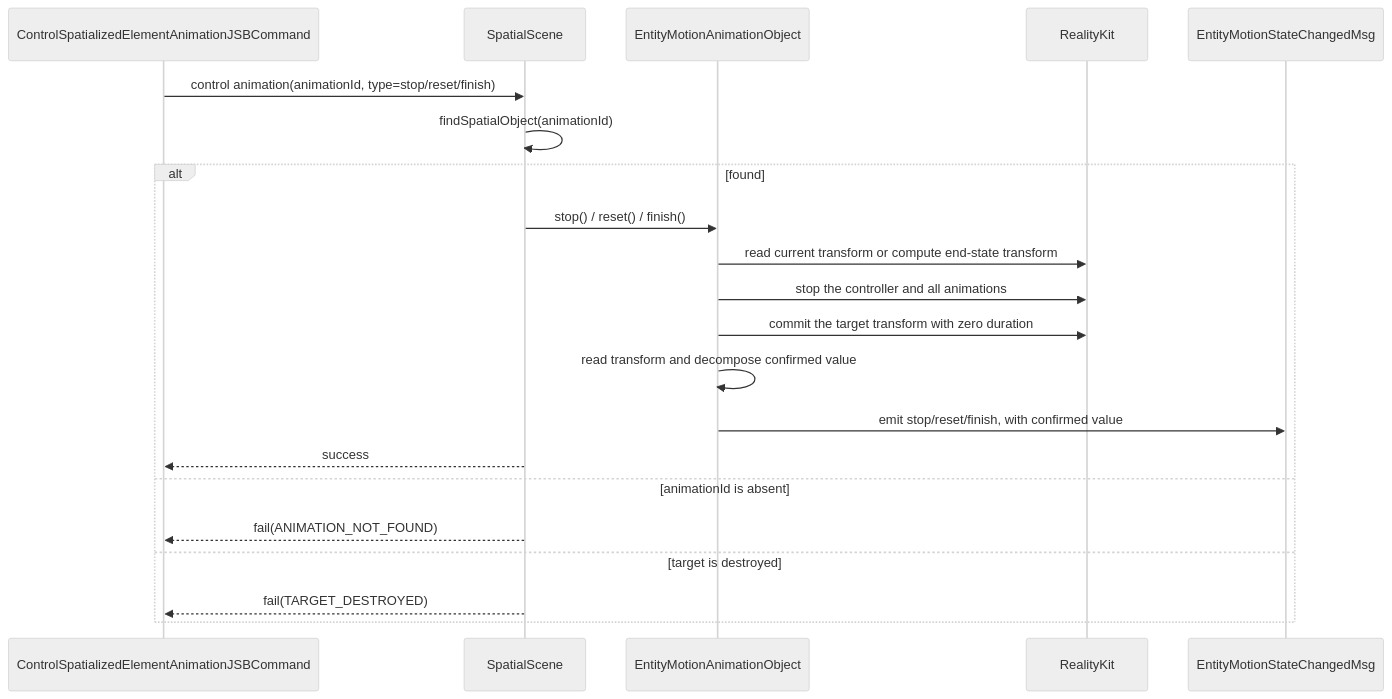
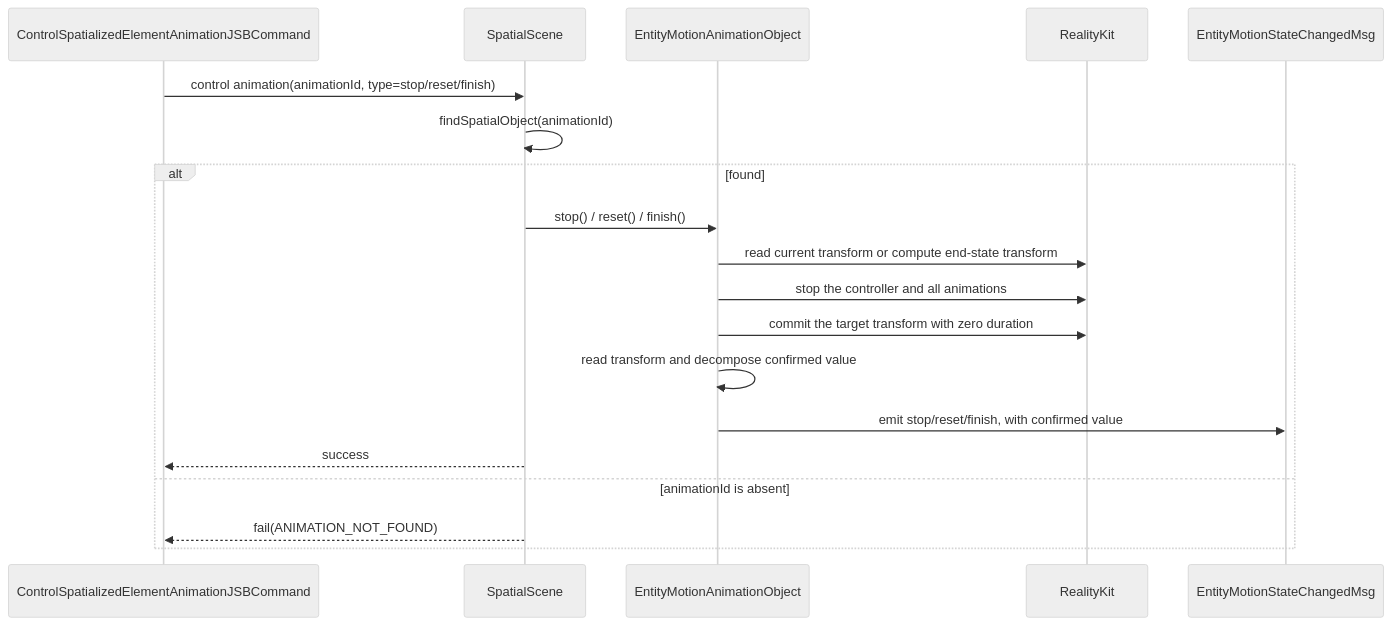
Diagram 13 of 14 in openspec/changes/redesign-entity-motion-api/design.md (webspatial/webspatial-sdk), drawn with Mermaid (neutral theme) before and after one commit. The commit also changed other lines of this file and 5 other files, not shown here.

````diff
--- a/openspec/changes/redesign-entity-motion-api/design.md
+++ b/openspec/changes/redesign-entity-motion-api/design.md
@@ -1076,24 +1072,22 @@
 ```mermaid
 sequenceDiagram
     participant JSB as ControlSpatializedElementAnimationJSBCommand
     participant Scene as SpatialScene
     participant Obj as EntityMotionAnimationObject
     participant RK as RealityKit
     participant Event as EntityMotionStateChangedMsg
 
     JSB->>Scene: control animation(animationId, type=stop/reset/finish)
     Scene->>Scene: findSpatialObject(animationId)
     alt found
         Scene->>Obj: stop() / reset() / finish()
         Obj->>RK: read current transform or compute end-state transform
         Obj->>RK: stop the controller and all animations
         Obj->>RK: commit the target transform with zero duration
         Obj->>Obj: read transform and decompose confirmed value
         Obj->>Event: emit stop/reset/finish, with confirmed value
         Scene-->>JSB: success
     else animationId is absent
         Scene-->>JSB: fail(ANIMATION_NOT_FOUND)
-    else target is destroyed
-        Scene-->>JSB: fail(TARGET_DESTROYED)
     end
 ```
````
